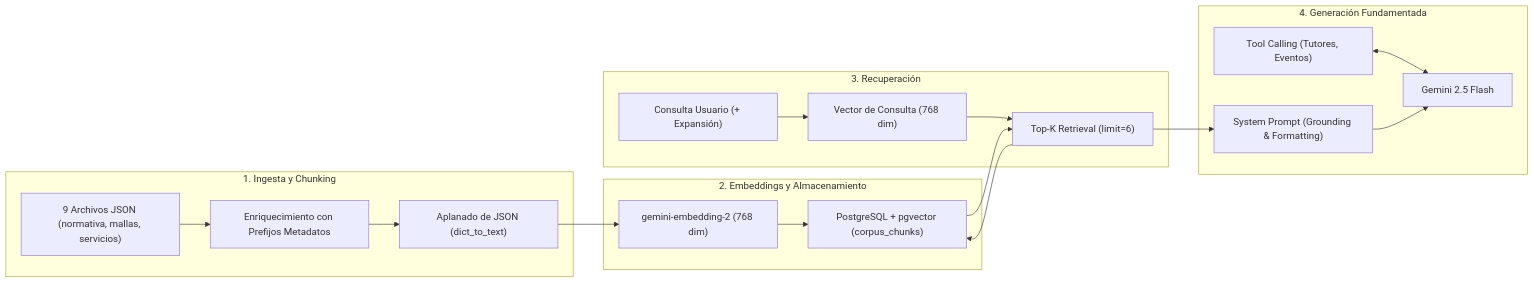
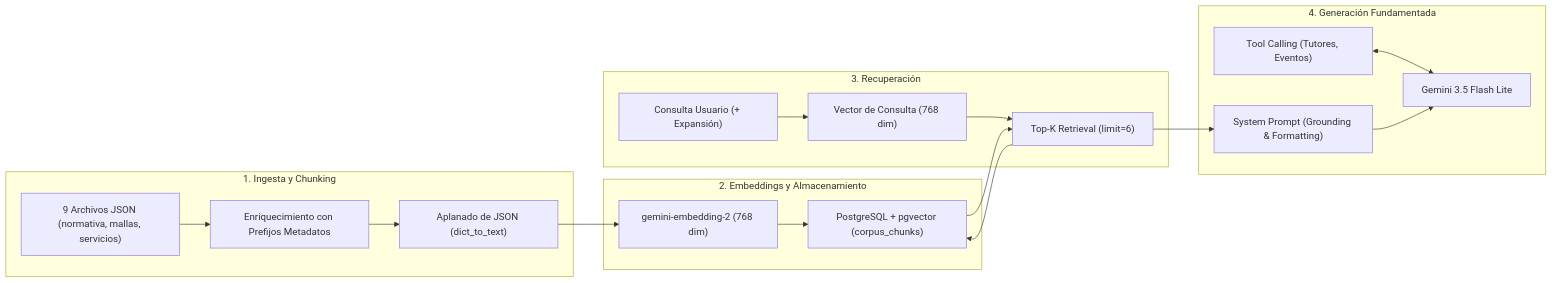
One commit to Tomioka1809/Tutoria-IA changed the diagram in documentacion/03_pipeline_rag.md. Above: the diagram before and after it, drawn with Mermaid. The commit also changed other lines of this file and 6 other files, not shown here.

````diff
--- a/documentacion/03_pipeline_rag.md
+++ b/documentacion/03_pipeline_rag.md
@@ -9,31 +9,31 @@
 ```mermaid
 graph LR
     subgraph DataIngestion ["1. Ingesta y Chunking"]
         JSONs["9 Archivos JSON (normativa, mallas, servicios)"]
         Prefixer["Enriquecimiento con Prefijos Metadatos"]
         DictToText["Aplanado de JSON (dict_to_text)"]
     end
 
     subgraph EmbeddingStorage ["2. Embeddings y Almacenamiento"]
         GeminiEmbed["gemini-embedding-2 (768 dim)"]
         PGVector["PostgreSQL + pgvector (corpus_chunks)"]
     end
 
     subgraph Retrieval ["3. Recuperación"]
         UserQuery["Consulta Usuario (+ Expansión)"]
         QueryVector["Vector de Consulta (768 dim)"]
         TopK["Top-K Retrieval (limit=6)"]
     end
 
     subgraph Generation ["4. Generación Fundamentada"]
         SystemPrompt["System Prompt (Grounding & Formatting)"]
         FunctionCalling["Tool Calling (Tutores, Eventos)"]
-        GeminiFlash["Gemini 2.5 Flash"]
+        GeminiFlash["Gemini 3.5 Flash Lite"]
     end
 
     JSONs --> Prefixer --> DictToText --> GeminiEmbed --> PGVector
     UserQuery --> QueryVector --> TopK --> PGVector
     PGVector --> TopK --> SystemPrompt
     FunctionCalling <--> GeminiFlash
     SystemPrompt --> GeminiFlash
 ```
````
